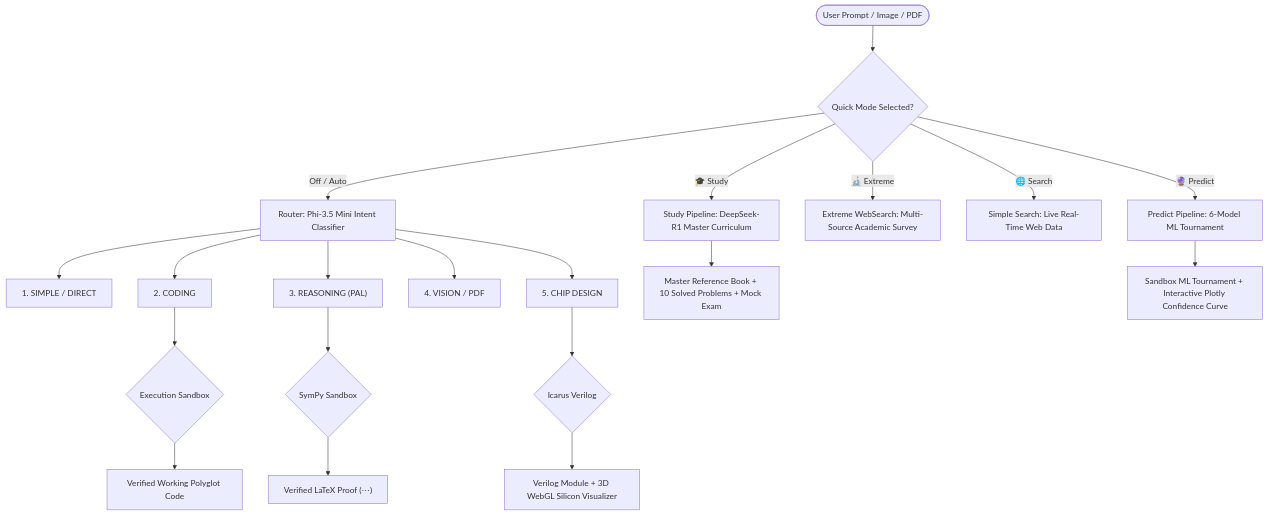
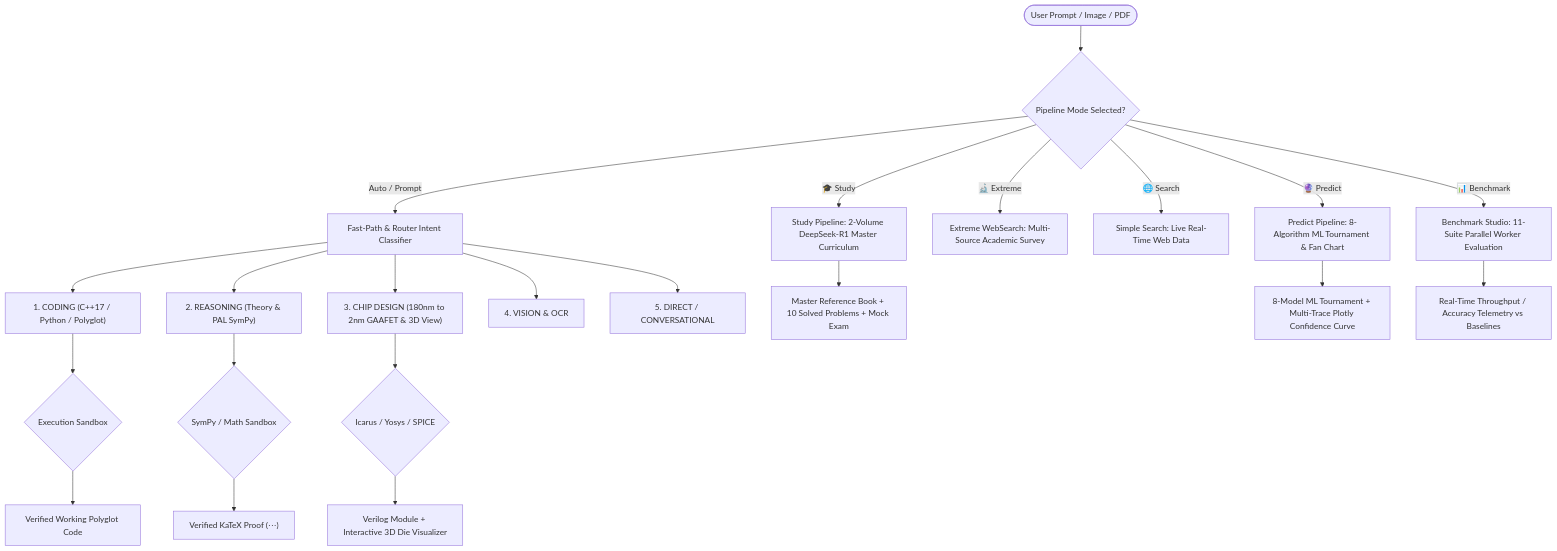
Before and after one commit to Arpit104147/DeepThink-AIOS: the diagram in README.md, drawn with Mermaid. The commit also changed other lines of this file, not shown here.

Commit message:
docs(readme): update comprehensive documentation for 2nm GAAFET semiconductor studio, 8-algorithm ML tournament, 11-suite benchmark studio, and dual reasoning pipelines

````diff
--- a/README.md
+++ b/README.md
@@ -60,25 +62,27 @@
 ```mermaid
 flowchart TD
     %% ── TOP-LEVEL INGESTION ──
-    USER([User Prompt / Image / PDF]) --> MODE_CHECK{"Quick Mode Selected?"}
+    USER([User Prompt / Image / PDF]) --> MODE_CHECK{"Pipeline Mode Selected?"}
     
-    MODE_CHECK -->|🎓 Study| STUDY_PIPE["Study Pipeline: DeepSeek-R1 Master Curriculum"]
-    MODE_CHECK -->|🔮 Predict| PREDICT_PIPE["Predict Pipeline: 6-Model ML Tournament"]
+    MODE_CHECK -->|🎓 Study| STUDY_PIPE["Study Pipeline: 2-Volume DeepSeek-R1 Master Curriculum"]
+    MODE_CHECK -->|🔮 Predict| PREDICT_PIPE["Predict Pipeline: 8-Algorithm ML Tournament & Fan Chart"]
     MODE_CHECK -->|🔬 Extreme| EXTREME_PIPE["Extreme WebSearch: Multi-Source Academic Survey"]
     MODE_CHECK -->|🌐 Search| SEARCH_PIPE["Simple Search: Live Real-Time Web Data"]
-    MODE_CHECK -->|Off / Auto| ROUTER["Router: Phi-3.5 Mini Intent Classifier"]
+    MODE_CHECK -->|📊 Benchmark| BENCH_PIPE["Benchmark Studio: 11-Suite Parallel Worker Evaluation"]
+    MODE_CHECK -->|Auto / Prompt| ROUTER["Fast-Path & Router Intent Classifier"]
 
     %% ── Intent Classification Branches ──
-    ROUTER --> PATH_SIMPLE["1. SIMPLE / DIRECT"]
-    ROUTER --> PATH_CODING["2. CODING"]
-    ROUTER --> PATH_REASONING["3. REASONING (PAL)"]
-    ROUTER --> PATH_VISION["4. VISION / PDF"]
-    ROUTER --> PATH_CHIP["5. CHIP DESIGN"]
+    ROUTER --> PATH_CODING["1. CODING (C++17 / Python / Polyglot)"]
+    ROUTER --> PATH_REASONING["2. REASONING (Theory & PAL SymPy)"]
+    ROUTER --> PATH_CHIP["3. CHIP DESIGN (180nm to 2nm GAAFET & 3D View)"]
+    ROUTER --> PATH_VISION["4. VISION & OCR"]
+    ROUTER --> PATH_SIMPLE["5. DIRECT / CONVERSATIONAL"]
 
     %% ── Execution Pathways ──
     STUDY_PIPE --> STUDY_OUT["Master Reference Book + 10 Solved Problems + Mock Exam"]
-    PREDICT_PIPE --> PREDICT_OUT["Sandbox ML Tournament + Interactive Plotly Confidence Curve"]
+    PREDICT_PIPE --> PREDICT_OUT["8-Model ML Tournament + Multi-Trace Plotly Confidence Curve"]
+    BENCH_PIPE --> BENCH_OUT["Real-Time Throughput / Accuracy Telemetry vs Baselines"]
     PATH_CODING --> CODE_SB{"Execution Sandbox"} --> CODE_PASS["Verified Working Polyglot Code"]
-    PATH_REASONING --> PAL_SB{"SymPy Sandbox"} --> PAL_PASS["Verified LaTeX Proof ($$ ... $$)"]
-    PATH_CHIP --> EDA_SB{"Icarus Verilog"} --> CHIP_OUT["Verilog Module + 3D WebGL Silicon Visualizer"]
+    PATH_REASONING --> PAL_SB{"SymPy / Math Sandbox"} --> PAL_PASS["Verified KaTeX Proof ($$ ... $$)"]
+    PATH_CHIP --> EDA_SB{"Icarus / Yosys / SPICE"} --> CHIP_OUT["Verilog Module + Interactive 3D Die Visualizer"]
 ```
````
